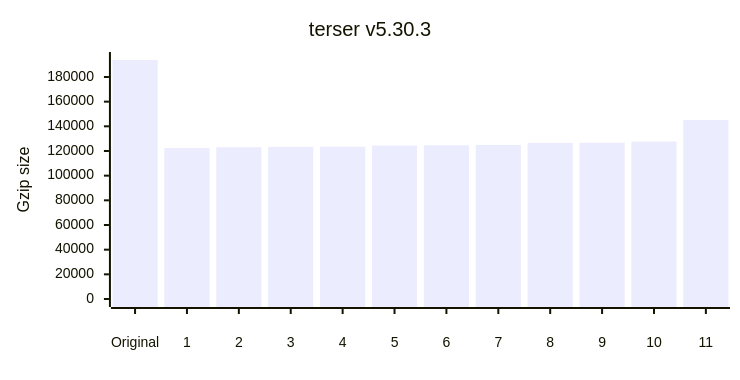
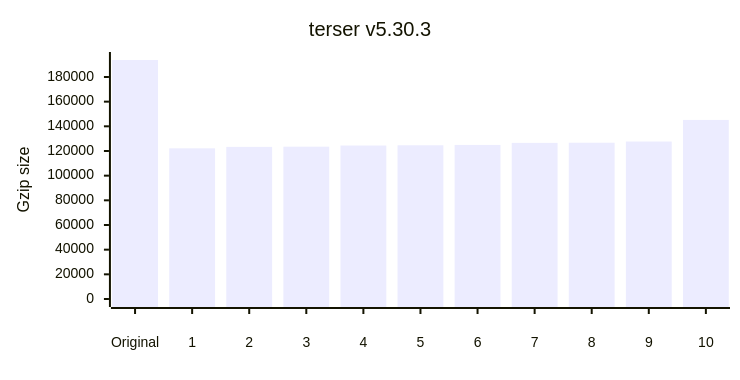
The seventh of 12 diagrams in README.md (privatenumber/minification-benchmarks), drawn with Mermaid before and after one commit. The commit also changed other lines of this file, not shown here.

````diff
--- a/README.md
+++ b/README.md
@@ -310,17 +328,17 @@
 ```mermaid
 ---
 config:
     xyChart:
         width: 720
         height: 360
         xAxis:
             labelPadding: 20
         yAxis:
             labelPadding: 10
 ---
 xychart-beta
 	title "terser v5.30.3"
-	x-axis ["Original",1,2,3,4,5,6,7,8,9,10,11]
+	x-axis ["Original",1,2,3,4,5,6,7,8,9,10]
 	y-axis "Gzip size" 0 --> 193763
-	bar [193763,122364,123071,123334,123482,124428,124609,124897,126562,126707,127653,145178]
+	bar [193763,122163,123334,123482,124428,124609,124897,126562,126707,127653,145178]
 ```
````
